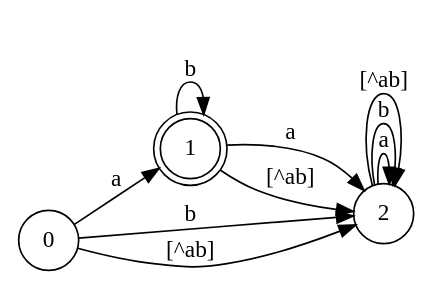
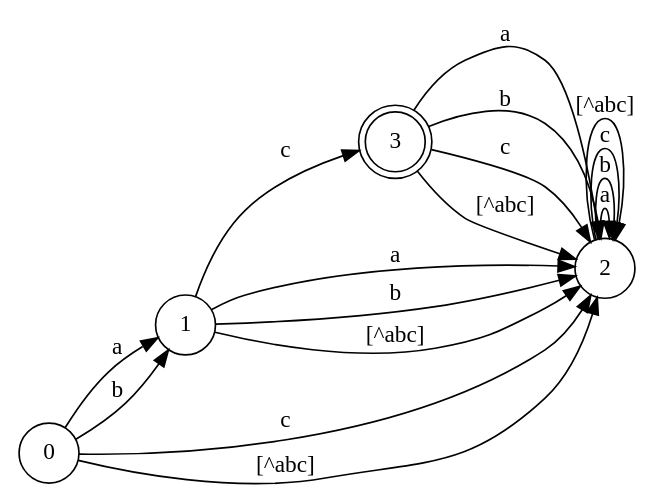
One commit to AmBha21/Theory-of-Computation changed the diagram in nfa.dot. Above: the diagram before and after it, drawn with Graphviz. The commit also changed 5 other files, not shown here.

```diff
--- a/nfa.dot
+++ b/nfa.dot
@@ -1,14 +1,21 @@
 digraph NFA {
     rankdir=LR;
-    node [shape = doublecircle]; 1;
+    node [shape = doublecircle]; 3;
     node [shape = circle];
     0 -> 1 [label="a"];
-    0 -> 2 [label="b"];
-    0 -> 2 [label="[^ab]"];
+    0 -> 1 [label="b"];
+    0 -> 2 [label="c"];
+    0 -> 2 [label="[^abc]"];
     1 -> 2 [label="a"];
-    1 -> 1 [label="b"];
-    1 -> 2 [label="[^ab]"];
+    1 -> 2 [label="b"];
+    1 -> 3 [label="c"];
+    1 -> 2 [label="[^abc]"];
     2 -> 2 [label="a"];
     2 -> 2 [label="b"];
-    2 -> 2 [label="[^ab]"];
+    2 -> 2 [label="c"];
+    2 -> 2 [label="[^abc]"];
+    3 -> 2 [label="a"];
+    3 -> 2 [label="b"];
+    3 -> 2 [label="c"];
+    3 -> 2 [label="[^abc]"];
 }
```
